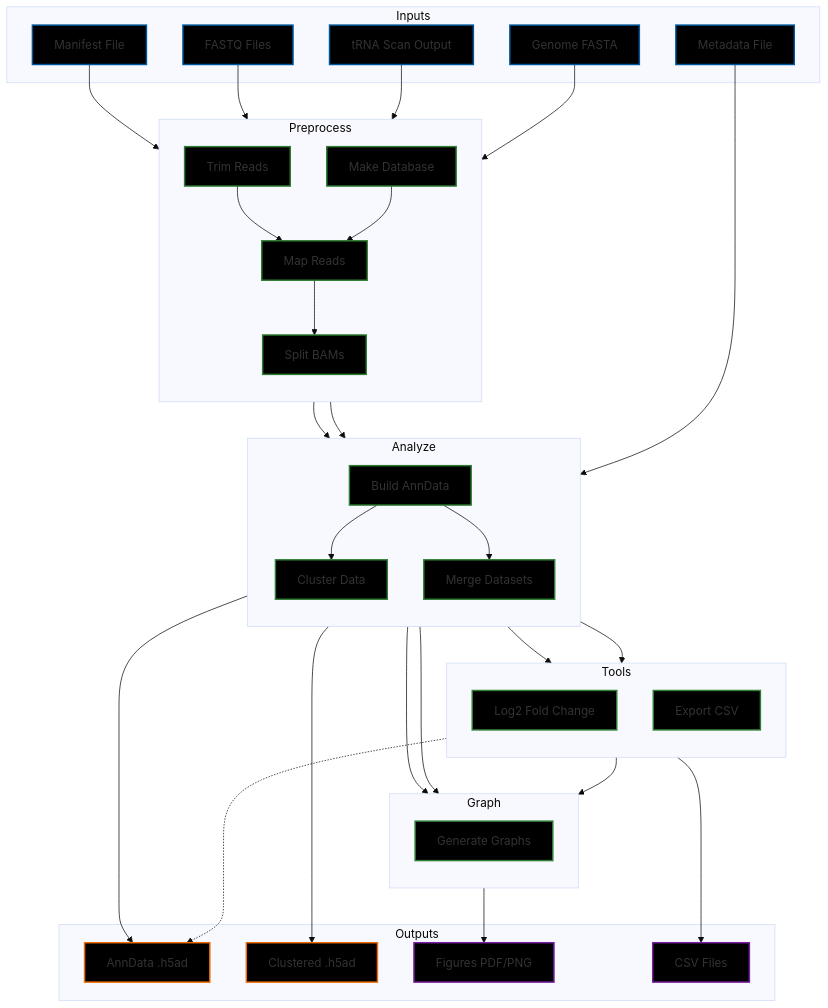
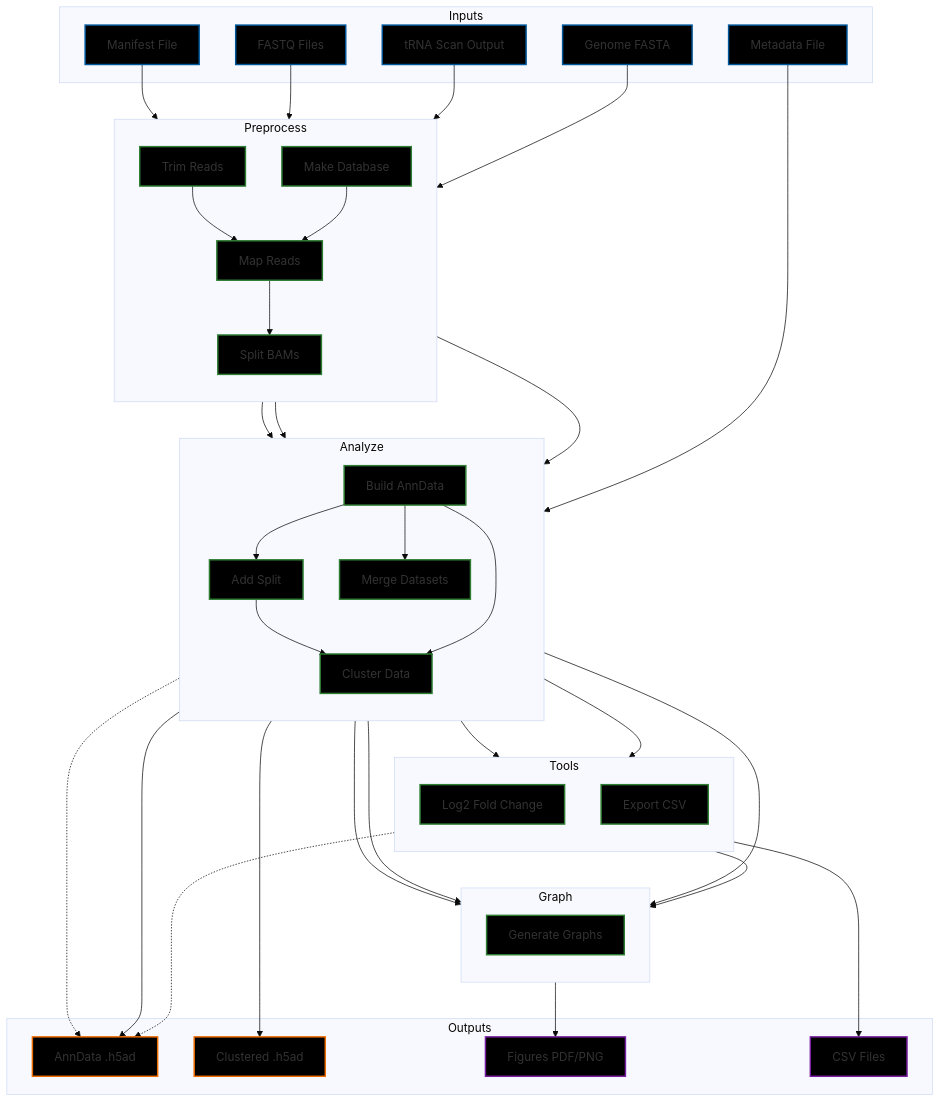
Before and after one commit to alba1735/tRNAgraph: the diagram in docs/advanced_usage.md, drawn with Mermaid (base theme). The commit also changed other lines of this file and 14 other files, not shown here.

````diff
--- a/docs/advanced_usage.md
+++ b/docs/advanced_usage.md
@@ -37,11 +37,15 @@
     subgraph Analyze
         direction TB
         B[Build AnnData]
+        AS[Add Split]
         C[Cluster Data]
         MG[Merge Datasets]
 
         MP & MD --> B
         SP --> B
+        B --> AS
+        SP --> AS
+        AS --> C
         B --> C
         B --> MG
     end
@@ -61,6 +65,7 @@
 
         C --> V
         B --> V
+        AS --> V
         L2FC --> V
     end
 
@@ -72,6 +77,7 @@
     end
 
     B --> H5
+    AS -.-> H5
     C --> H5C
     V --> FIG
     CSV --> CSVO
@@ -79,7 +85,7 @@
 
     %% Apply Classes
     class M,MD,FQ,G,T input;
-    class DB,TR,MP,SP,B,C,MG,L2FC,CSV,V process;
+    class DB,TR,MP,SP,B,AS,C,MG,L2FC,CSV,V process;
     class H5,H5C storage;
     class FIG,CSVO output;
 ```
````
